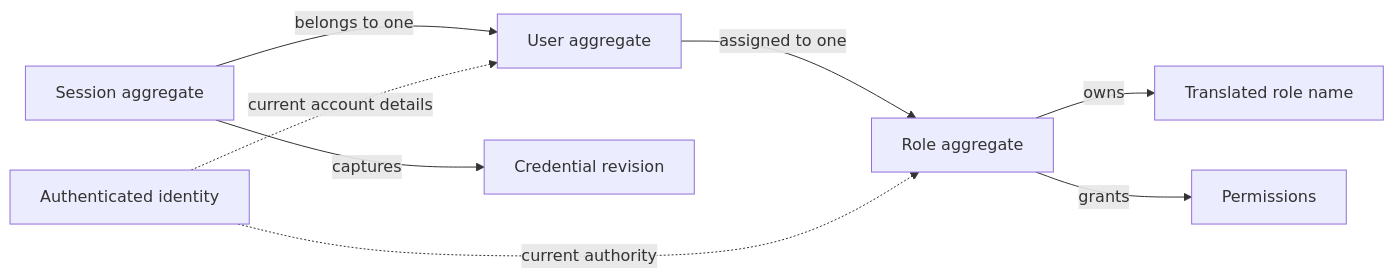
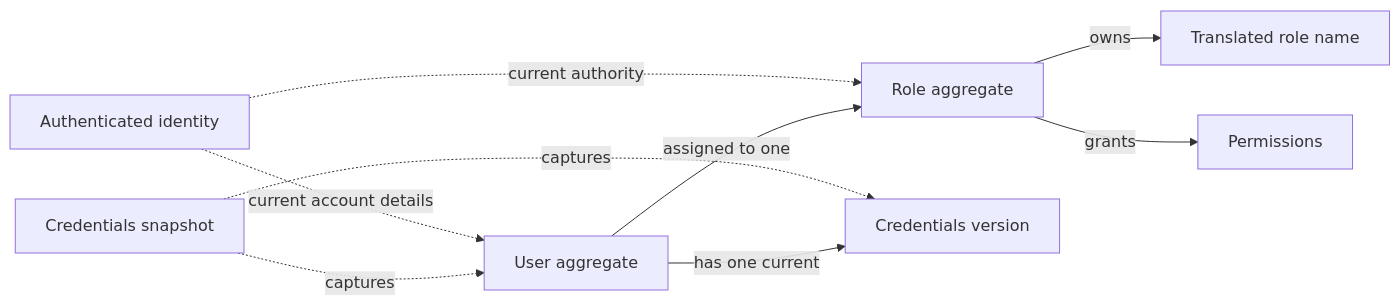
The diagram in docs/domain/users.md (radynsade/faryengo), drawn with Mermaid before and after one commit. The commit also changed other lines of this file and 34 other files, not shown here.

````diff
--- a/docs/domain/users.md
+++ b/docs/domain/users.md
@@ -20,10 +19,11 @@
 ```mermaid
 flowchart LR
     User[User aggregate] -->|assigned to one| Role[Role aggregate]
     Role -->|owns| Name[Translated role name]
     Role -->|grants| Permission[Permissions]
-    Session[Session aggregate] -->|belongs to one| User
-    Session -->|captures| Revision[Credential revision]
+    User -->|has one current| Version[Credentials version]
+    Snapshot[Credentials snapshot] -.->|captures| User
+    Snapshot -.->|captures| Version
     Identity[Authenticated identity] -.->|current account details| User
     Identity -.->|current authority| Role
 ```
````
